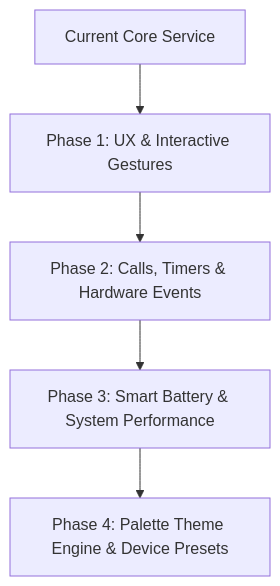
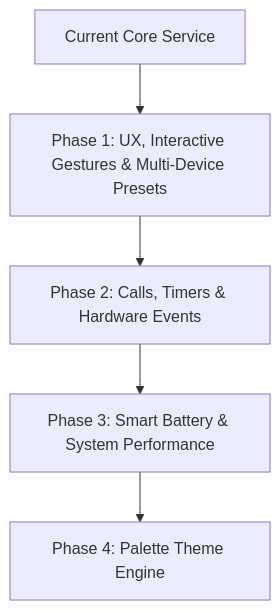
The diagram in project dev blueprint/implementation_plan.md (dvlshlkhln/MyIsland), drawn with Mermaid before and after one commit. The commit also changed other lines of this file and 4 other files, not shown here.

Commit message:
feat: Phase 1 implementation with Samsung S20 FE, Samsung S23 Plus device presets and haptics

````diff
--- a/project dev blueprint/implementation_plan.md
+++ b/project dev blueprint/implementation_plan.md
@@ -17,7 +14,7 @@
 ```mermaid
 graph TD
-    A[Current Core Service] --> B[Phase 1: UX & Interactive Gestures]
+    A[Current Core Service] --> B[Phase 1: UX, Interactive Gestures & Multi-Device Presets]
     B --> C[Phase 2: Calls, Timers & Hardware Events]
     C --> D[Phase 3: Smart Battery & System Performance]
-    D --> E[Phase 4: Palette Theme Engine & Device Presets]
+    D --> E[Phase 4: Palette Theme Engine]
 ```
````
